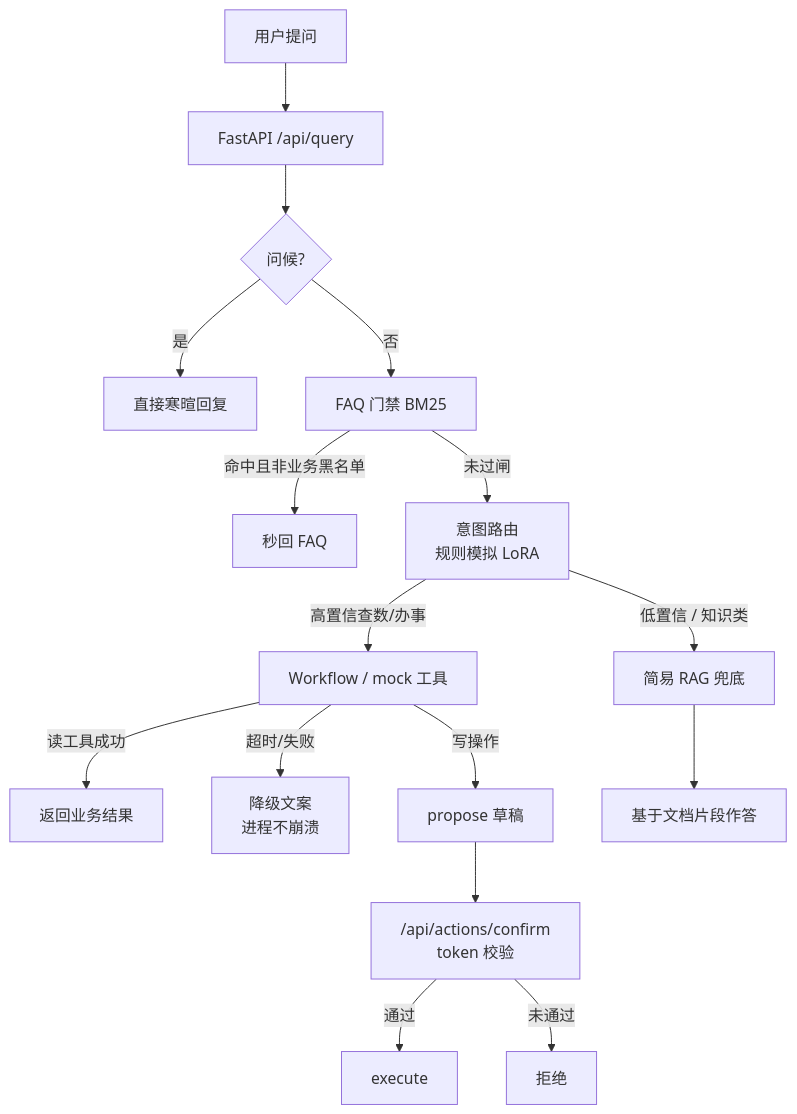
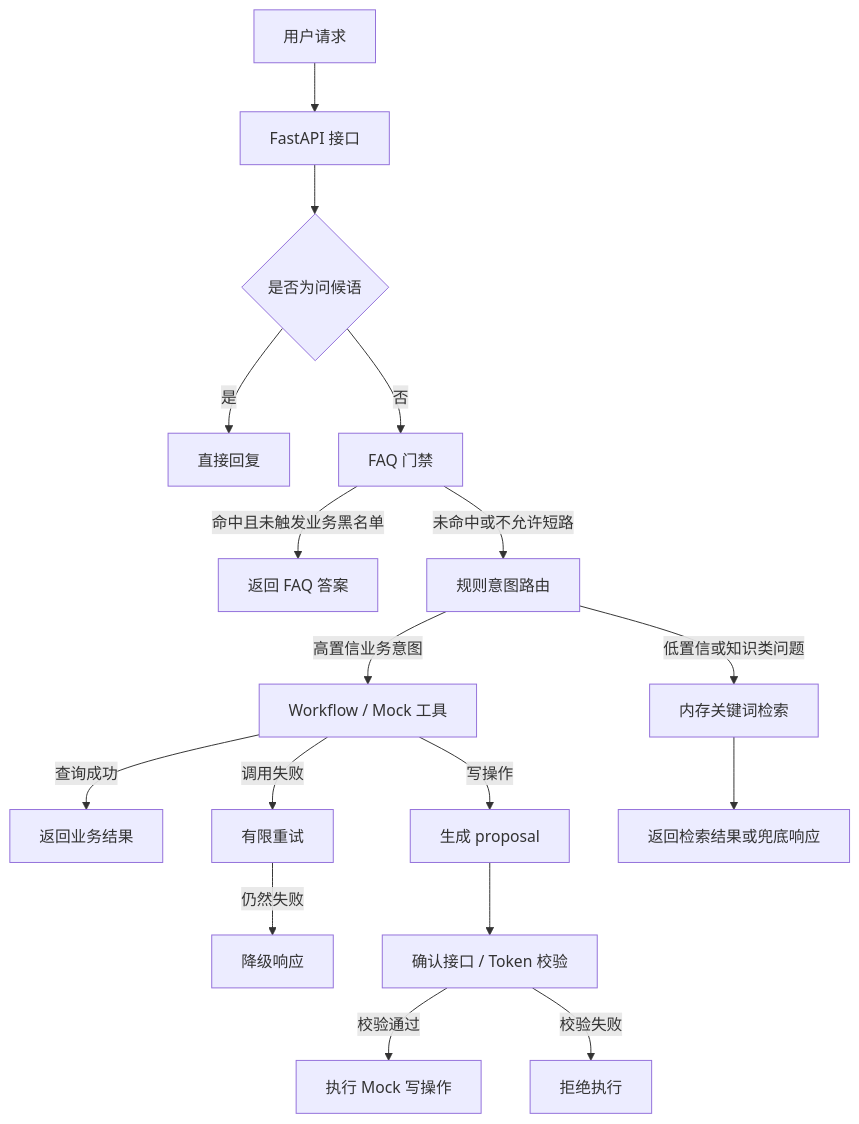
The diagram in README.md (BoneD-Q/ops-assistant), drawn with Mermaid before and after one commit. The commit also changed other lines of this file, not shown here.

````diff
--- a/README.md
+++ b/README.md
@@ -58,18 +17,19 @@
 ```mermaid
 flowchart TD
-  U[用户提问] --> API[FastAPI /api/query]
-  API --> G{问候?}
-  G -->|是| R0[直接寒暄回复]
-  G -->|否| FAQ[FAQ 门禁 BM25]
-  FAQ -->|命中且非业务黑名单| R1[秒回 FAQ]
-  FAQ -->|未过闸| INT[意图路由<br/>规则模拟 LoRA]
-  INT -->|高置信查数/办事| WF[Workflow / mock 工具]
-  INT -->|低置信 / 知识类| RAG[简易 RAG 兜底]
-  WF -->|读工具成功| R2[返回业务结果]
-  WF -->|超时/失败| DEG[降级文案<br/>进程不崩溃]
-  WF -->|写操作| PROP[propose 草稿]
-  PROP --> CONF["/api/actions/confirm<br/>token 校验"]
-  CONF -->|通过| EXE[execute]
-  CONF -->|未通过| DENY[拒绝]
-  RAG --> R3[基于文档片段作答]
+    U[用户请求] --> API[FastAPI 接口]
+    API --> GREET{是否为问候语}
+    GREET -->|是| HELLO[直接回复]
+    GREET -->|否| FAQ[FAQ 门禁]
+    FAQ -->|命中且未触发业务黑名单| FAQRET[返回 FAQ 答案]
+    FAQ -->|未命中或不允许短路| INTENT[规则意图路由]
+    INTENT -->|高置信业务意图| WF[Workflow / Mock 工具]
+    INTENT -->|低置信或知识类问题| RAG[内存关键词检索]
+    WF -->|查询成功| RESULT[返回业务结果]
+    WF -->|调用失败| RETRY[有限重试]
+    RETRY -->|仍然失败| DEG[降级响应]
+    WF -->|写操作| PROP[生成 proposal]
+    PROP --> CONF[确认接口 / Token 校验]
+    CONF -->|校验通过| EXEC[执行 Mock 写操作]
+    CONF -->|校验失败| DENY[拒绝执行]
+    RAG --> RAGRET[返回检索结果或兜底响应]
 ```
````
